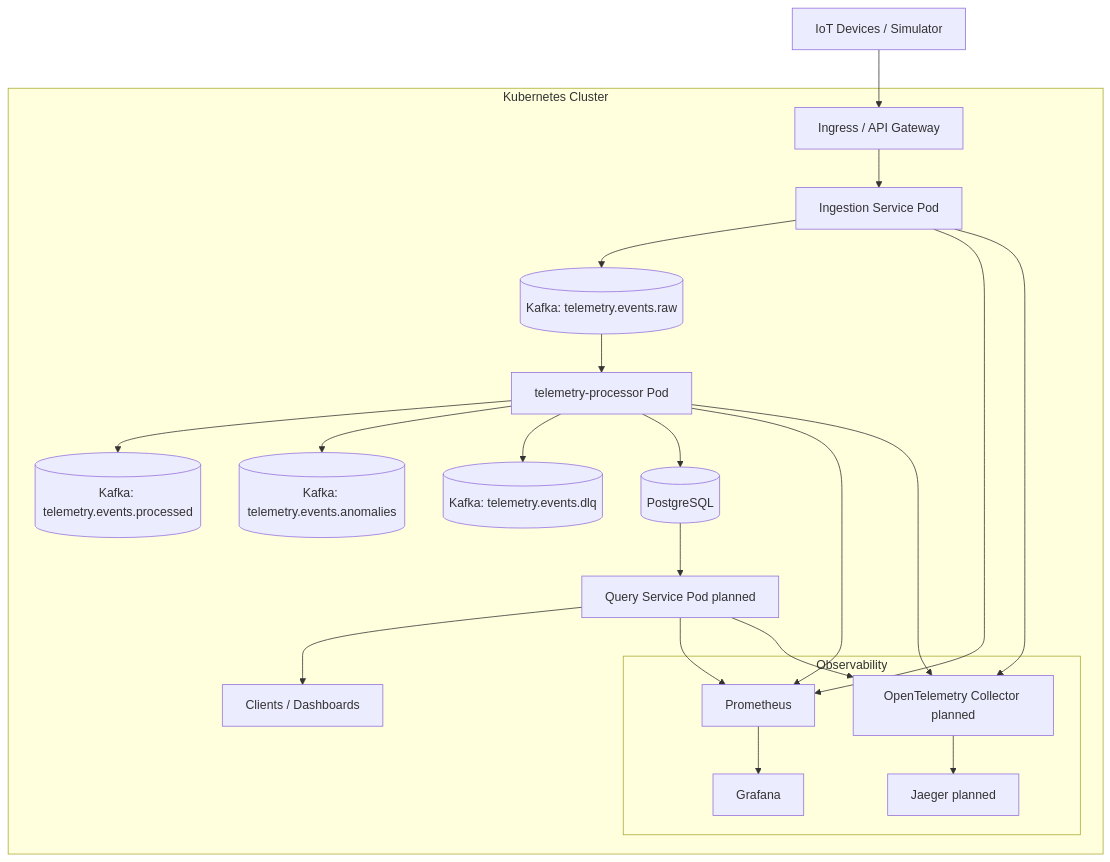
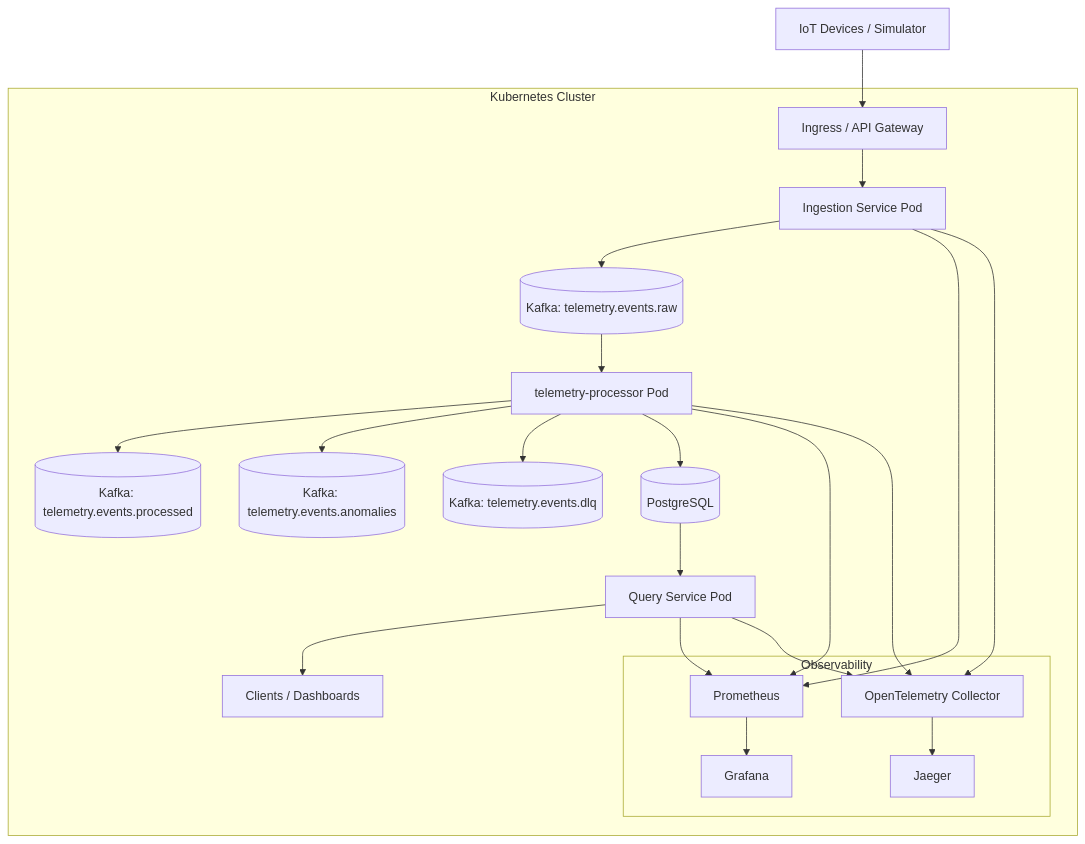
The diagram in docs/diagrams/kubernetes-deployment.md (ME-Massine/pulsestream), drawn with Mermaid before and after one commit. The commit also changed other lines of this file and 10 other files, not shown here.

First line of the commit message:
feat(kubernetes): deploy Jaeger tracing backend and forward collector traces (#158) (#289)

````diff
--- a/docs/diagrams/kubernetes-deployment.md
+++ b/docs/diagrams/kubernetes-deployment.md
@@ -5,37 +5,37 @@
 ```mermaid
 flowchart TB
     U[IoT Devices / Simulator] --> I[Ingress / API Gateway]
 
     subgraph Kubernetes Cluster
         I --> S1[Ingestion Service Pod]
         S1 --> K1[(Kafka: telemetry.events.raw)]
 
         K1 --> S2[telemetry-processor Pod]
         S2 --> K2[(Kafka: telemetry.events.processed)]
         S2 --> K3[(Kafka: telemetry.events.anomalies)]
         S2 --> K4[(Kafka: telemetry.events.dlq)]
 
         S2 --> DB[(PostgreSQL)]
 
-        DB --> S3[Query Service Pod planned]
+        DB --> S3[Query Service Pod]
         S3 --> C[Clients / Dashboards]
 
         subgraph Observability
             P[Prometheus]
             G[Grafana]
-            O[OpenTelemetry Collector planned]
-            J[Jaeger planned]
+            O[OpenTelemetry Collector]
+            J[Jaeger]
         end
 
         S1 --> P
         S2 --> P
         S3 --> P
 
         S1 --> O
         S2 --> O
         S3 --> O
 
         P --> G
         O --> J
     end
 ```
````
